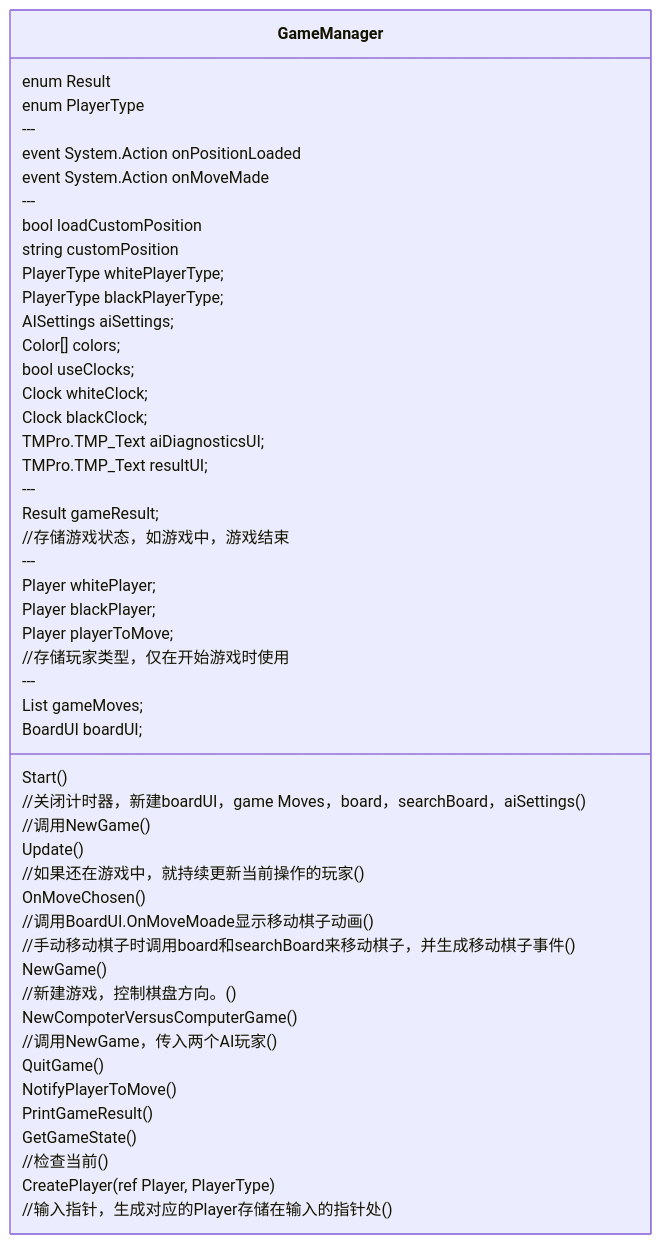
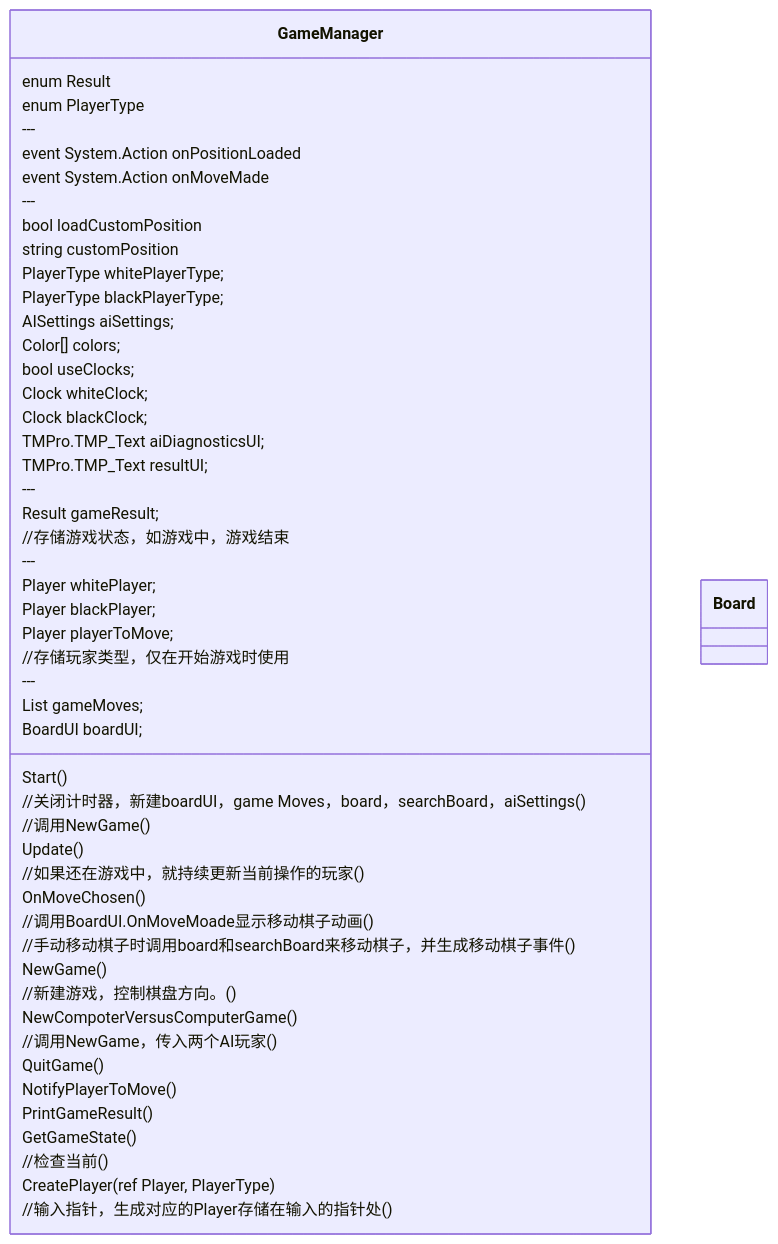
The diagram in Assets/Scripts/Structure.md (Arrosam/Chess-AI), drawn with Mermaid before and after one commit. The commit also changed 16 other files, not shown here.

````diff
--- a/Assets/Scripts/Structure.md
+++ b/Assets/Scripts/Structure.md
@@ -1,53 +1,56 @@
 ```mermaid
     classDiagram
     class GameManager{
         enum Result
         enum PlayerType
         ---
         event System.Action onPositionLoaded
         event System.Action onMoveMade
         ---
         bool loadCustomPosition
         string customPosition
         PlayerType whitePlayerType;
         PlayerType blackPlayerType;
         AISettings aiSettings;
         Color[] colors;
         bool useClocks;
         Clock whiteClock;
         Clock blackClock;
         TMPro.TMP_Text aiDiagnosticsUI;
         TMPro.TMP_Text resultUI;
         ---
         Result gameResult;
         //存储游戏状态，如游戏中，游戏结束
         ---
         Player whitePlayer;
         Player blackPlayer;
         Player playerToMove;
         //存储玩家类型，仅在开始游戏时使用
         ---
         List<Move> gameMoves;
         BoardUI boardUI;
         
         Start()
         //关闭计时器，新建boardUI，game Moves，board，searchBoard，aiSettings()
         //调用NewGame()
         Update()
         //如果还在游戏中，就持续更新当前操作的玩家()
         OnMoveChosen()
         //调用BoardUI.OnMoveMoade显示移动棋子动画()
         //手动移动棋子时调用board和searchBoard来移动棋子，并生成移动棋子事件()
         NewGame()
         //新建游戏，控制棋盘方向。()
         NewCompoterVersusComputerGame()
         //调用NewGame，传入两个AI玩家()
         QuitGame()
         NotifyPlayerToMove()
         PrintGameResult()
         GetGameState()
         //检查当前()
         CreatePlayer(ref Player, PlayerType)
         //输入指针，生成对应的Player存储在输入的指针处()
     }
+    class Board{
+        
+    }
 ```
````
